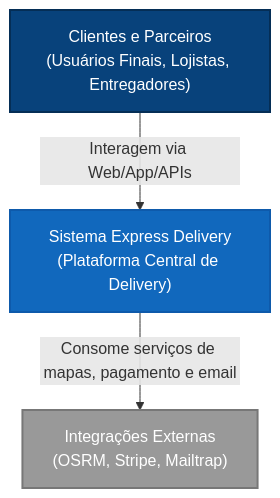
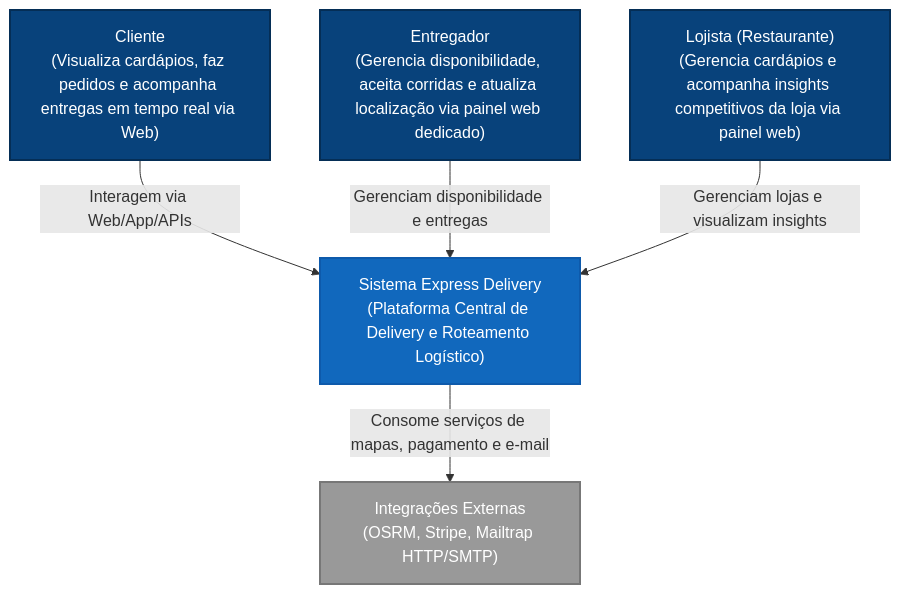
Before and after one commit to arthurair3s/arquitetura-de-software: the first of 3 diagrams in README.md, drawn with Mermaid. The commit also changed other lines of this file and 6 other files, not shown here.

Commit message:
docs: update C4 diagrams (C1, C2, C3) in markdown and plantuml, update README.md with driver app and roadmap

````diff
--- a/README.md
+++ b/README.md
@@ -14,15 +14,20 @@
 ```mermaid
 graph TD
     %% Styling
     classDef person fill:#08427b,stroke:#052e56,stroke-width:2px,color:#fff;
     classDef system fill:#1168bd,stroke:#0e5aab,stroke-width:2px,color:#fff;
     classDef ext fill:#999999,stroke:#777777,stroke-width:2px,color:#fff;
 
     %% Elements
-    cliente["Clientes e Parceiros<br>(Usuários Finais, Lojistas, Entregadores)"]:::person
-    sys["Sistema Express Delivery<br>(Plataforma Central de Delivery)"]:::system
-    externos["Integrações Externas<br>(OSRM, Stripe, Mailtrap)"]:::ext
+    cliente["Cliente<br>(Visualiza cardápios, faz pedidos e acompanha entregas em tempo real via Web)"]:::person
+    entregador["Entregador<br>(Gerencia disponibilidade, aceita corridas e atualiza localização via painel web dedicado)"]:::person
+    lojista["Lojista (Restaurante)<br>(Gerencia cardápios e acompanha insights competitivos da loja via painel web)"]:::person
 
-    cliente -->|Interagem via Web/App/APIs| sys
-    sys -->|Consome serviços de mapas, pagamento e email| externos
+    express_delivery["Sistema Express Delivery<br>(Plataforma Central de Delivery e Roteamento Logístico)"]:::system
+    externos["Integrações Externas<br>(OSRM, Stripe, Mailtrap HTTP/SMTP)"]:::ext
+
+    cliente -->|Interagem via Web/App/APIs| express_delivery
+    entregador -->|Gerenciam disponibilidade e entregas| express_delivery
+    lojista -->|Gerenciam lojas e visualizam insights| express_delivery
+    express_delivery -->|Consome serviços de mapas, pagamento e e-mail| externos
 ```
````
